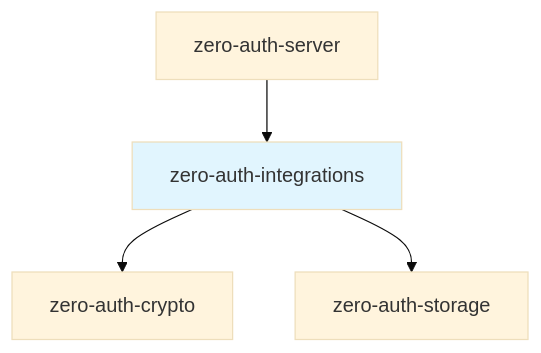
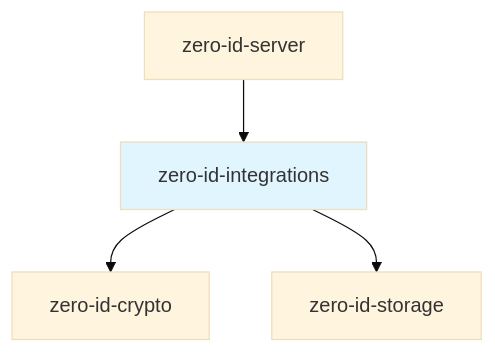
Before and after one commit to cypher-asi/zero-auth: the first of 7 diagrams in docs/spec/v0.1/05-integrations.md, drawn with Mermaid (base theme). The commit also changed other lines of this file and 235 other files, not shown here.

Commit message:
refactor: rename zero-auth to zero-id across codebase

````diff
--- a/docs/spec/v0.1/05-integrations.md
+++ b/docs/spec/v0.1/05-integrations.md
@@ -26,13 +26,13 @@
 ```mermaid
 graph TD
-    CRYPTO[zero-auth-crypto]
-    STORAGE[zero-auth-storage]
-    INTEGRATIONS[zero-auth-integrations]
+    CRYPTO[zero-id-crypto]
+    STORAGE[zero-id-storage]
+    INTEGRATIONS[zero-id-integrations]
     
     INTEGRATIONS --> CRYPTO
     INTEGRATIONS --> STORAGE
     
-    SERVER[zero-auth-server] --> INTEGRATIONS
+    SERVER[zero-id-server] --> INTEGRATIONS
     
     style INTEGRATIONS fill:#e1f5fe
 ```
````
